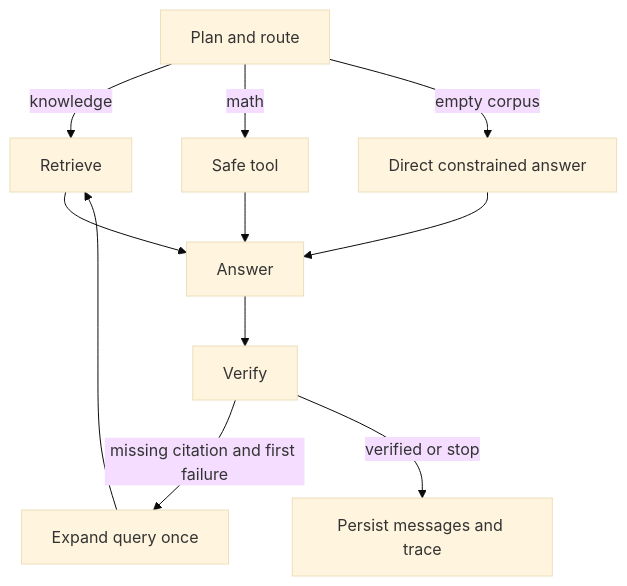
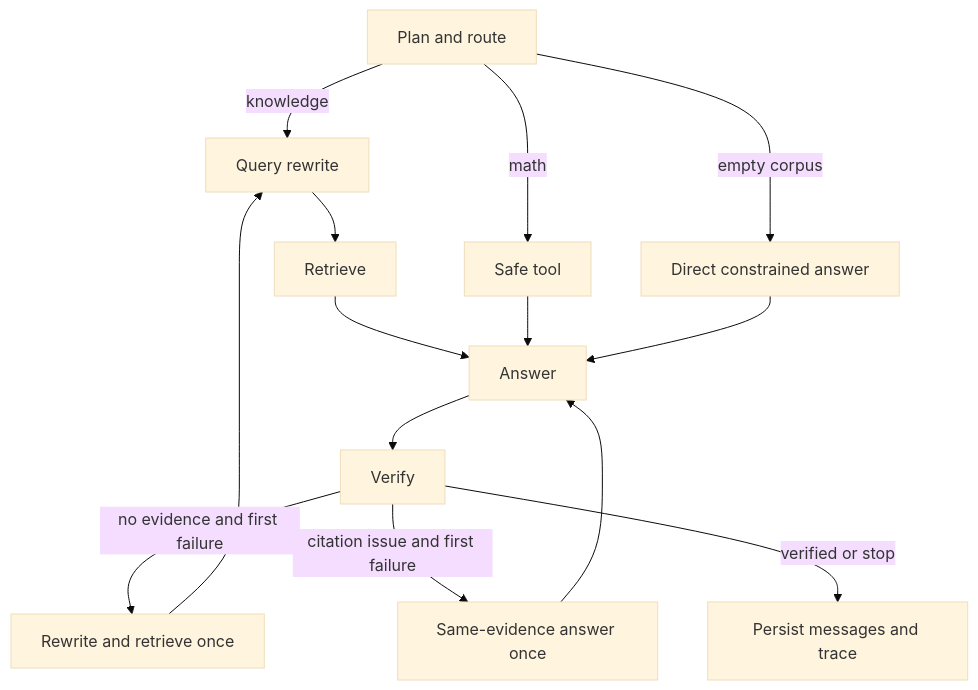
The fifth of 14 diagrams in docs/knowledge-maps.md (francis3253161180-maker/researchflow-agent), drawn with Mermaid (base theme) before and after one commit. The commit also changed 18 other files, not shown here.

Commit message:
feat: add query rewrite and structured verification

````diff
--- a/docs/knowledge-maps.md
+++ b/docs/knowledge-maps.md
@@ -102,18 +102,21 @@
 ```mermaid
 flowchart TB
     PLAN[Plan and route]
+    REWRITE[Query rewrite]
     RAG[Retrieve]
     TOOL[Safe tool]
     DIRECT[Direct constrained answer]
     ANSWER[Answer]
     VERIFY[Verify]
-    RETRY[Expand query once]
+    RETRY_RETRIEVE[Rewrite and retrieve once]
+    RETRY_ANSWER[Same-evidence answer once]
     PERSIST[Persist messages and trace]
 
-    PLAN -->|knowledge| RAG --> ANSWER
+    PLAN -->|knowledge| REWRITE --> RAG --> ANSWER
     PLAN -->|math| TOOL --> ANSWER
     PLAN -->|empty corpus| DIRECT --> ANSWER
     ANSWER --> VERIFY
-    VERIFY -->|missing citation and first failure| RETRY --> RAG
+    VERIFY -->|no evidence and first failure| RETRY_RETRIEVE --> REWRITE
+    VERIFY -->|citation issue and first failure| RETRY_ANSWER --> ANSWER
     VERIFY -->|verified or stop| PERSIST
 ```
````
